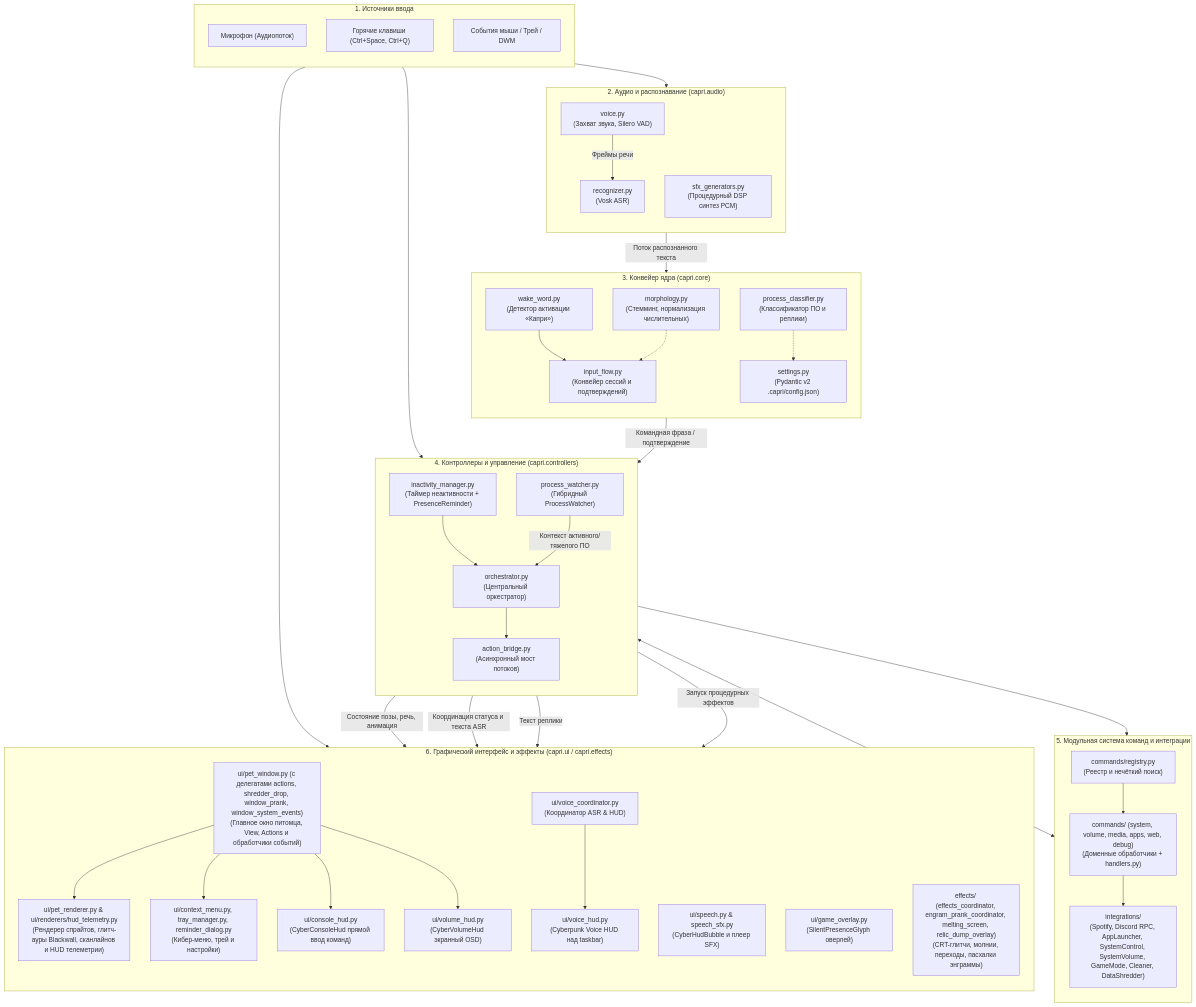
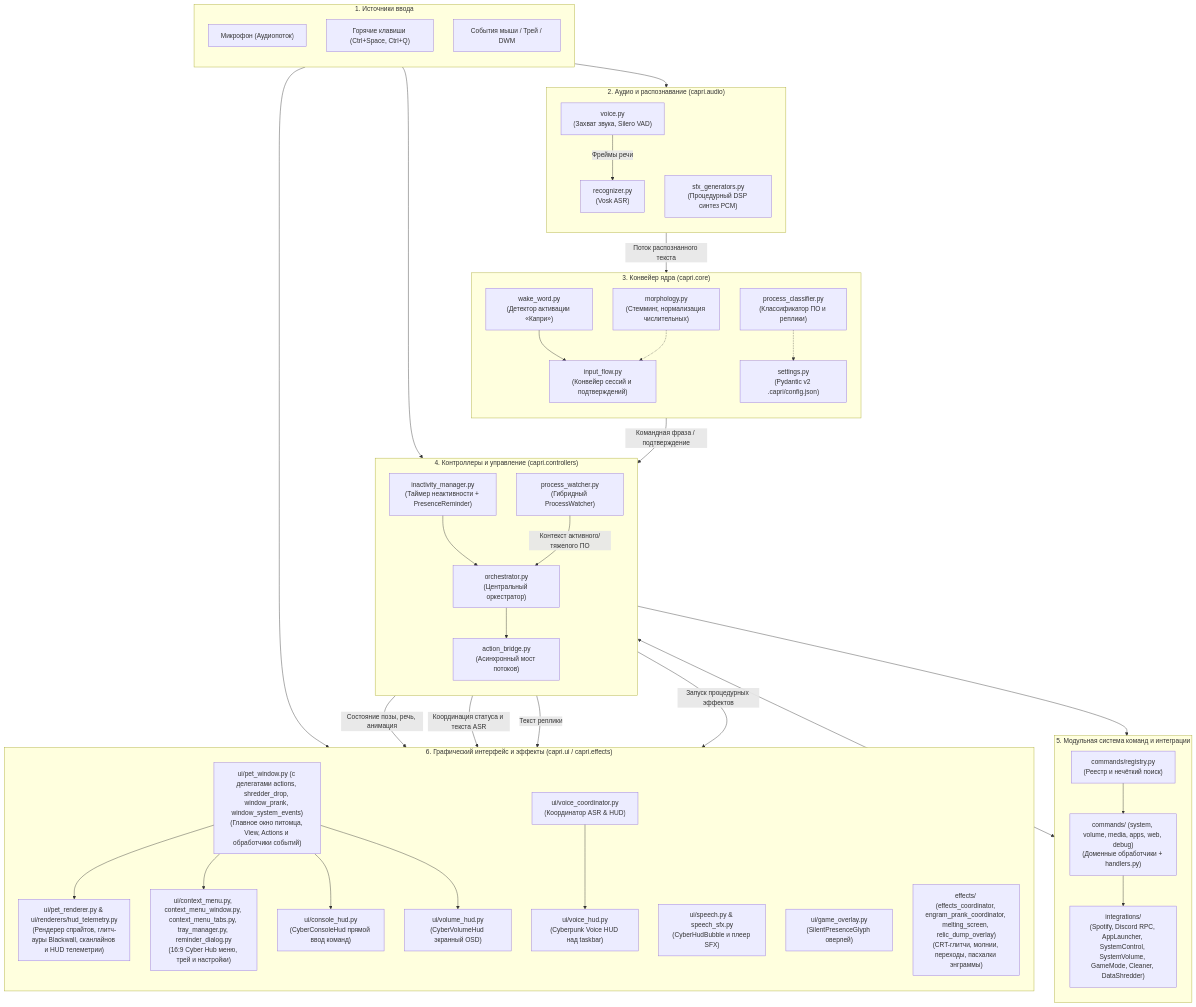
The first of 6 diagrams in docs/architecture.md (xTerionsilker/CapriPet-Python), drawn with Mermaid before and after one commit. The commit also changed 18 other files, not shown here.

First line of the commit message:
feat(ui): redesign context menu into 16:9 cyber hub and add datamosh animations (#47)

```diff
--- a/docs/architecture.md
+++ b/docs/architecture.md
@@ -64,7 +64,7 @@
         direction TB
         PetWindow["ui/pet_window.py (с делегатами actions, shredder_drop, window_prank, window_system_events)<br/>(Главное окно питомца, View, Actions и обработчики событий)"]
         PetRenderer["ui/pet_renderer.py & ui/renderers/hud_telemetry.py<br/>(Рендерер спрайтов, глитч-ауры Blackwall, сканлайнов и HUD телеметрии)"]
-        ContextMenu["ui/context_menu.py, tray_manager.py, reminder_dialog.py<br/>(Кибер-меню, трей и настройки)"]
+        ContextMenu["ui/context_menu.py, context_menu_window.py, context_menu_tabs.py, tray_manager.py, reminder_dialog.py<br/>(16:9 Cyber Hub меню, трей и настройки)"]
         ConsoleHUD["ui/console_hud.py<br/>(CyberConsoleHud прямой ввод команд)"]
         VoiceCoord["ui/voice_coordinator.py<br/>(Координатор ASR & HUD)"]
         VoiceHUD["ui/voice_hud.py<br/>(Cyberpunk Voice HUD над taskbar)"]
```
